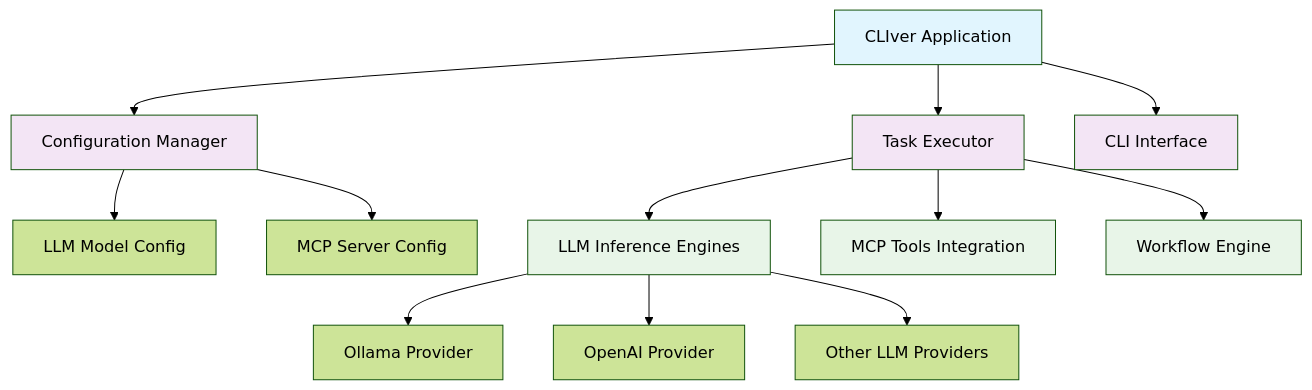
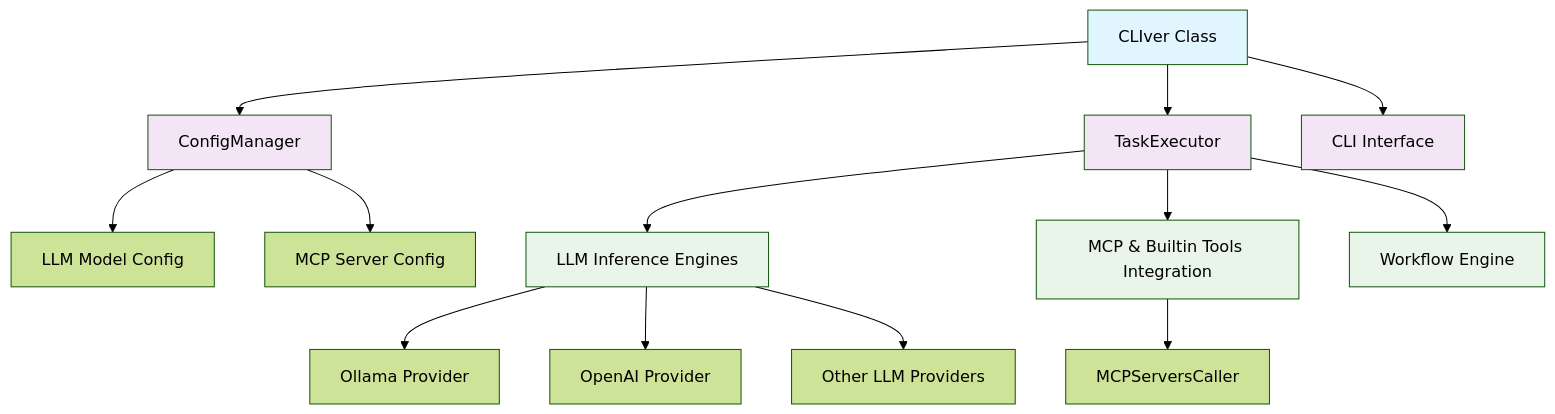
One commit to cliver-project/CLIver changed the diagram in docs/overview.md. Above: the diagram before and after it, drawn with Mermaid (forest theme). The commit also changed 6 other files, not shown here.

````diff
--- a/docs/overview.md
+++ b/docs/overview.md
@@ -41,25 +41,27 @@
 ```mermaid
 graph TD
-    A[CLIver Application] --> B[Configuration Manager]
-    A --> C[Task Executor]
+    A[CLIver Class] --> B[ConfigManager]
+    A --> C[TaskExecutor]
     A --> D[CLI Interface]
 
     B --> E[LLM Model Config]
     B --> F[MCP Server Config]
 
     C --> G[LLM Inference Engines]
-    C --> H[MCP Tools Integration]
+    C --> H[MCP & Builtin Tools Integration]
     C --> I[Workflow Engine]
 
     G --> J[Ollama Provider]
     G --> K[OpenAI Provider]
     G --> L[Other LLM Providers]
+
+    H --> M[MCPServersCaller]
 
     style A fill:#e1f5fe
     style B fill:#f3e5f5
     style C fill:#f3e5f5
     style D fill:#f3e5f5
     style G fill:#e8f5e8
     style H fill:#e8f5e8
     style I fill:#e8f5e8
 ```
````
